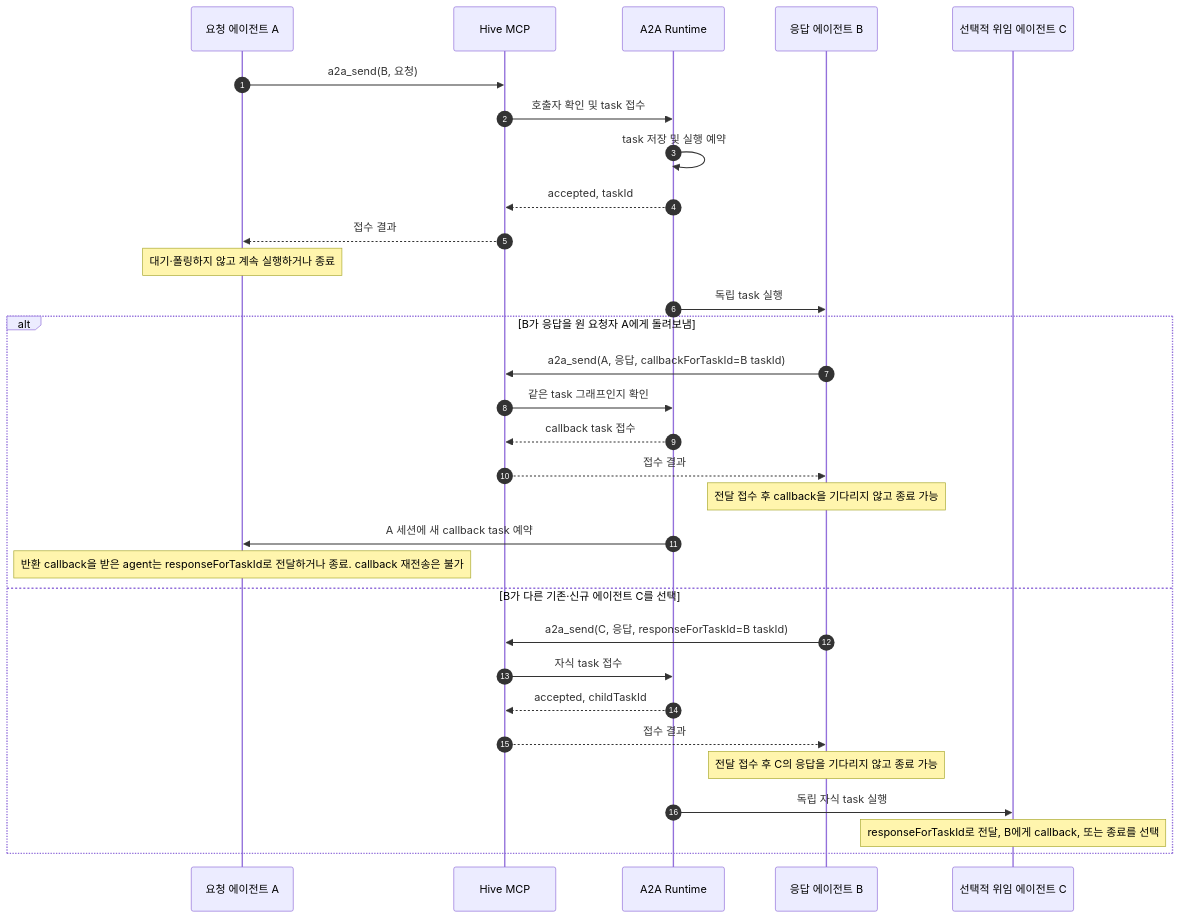
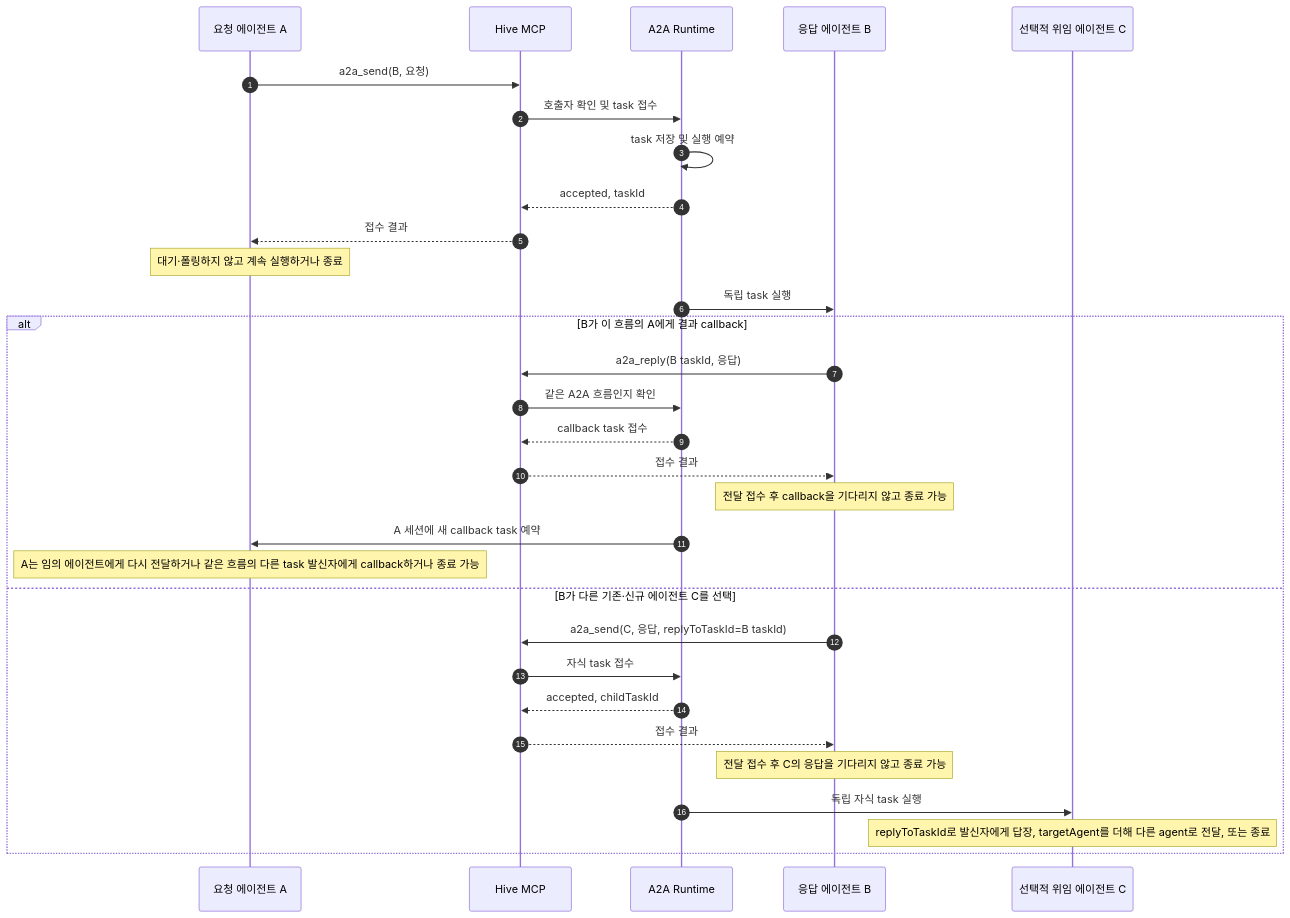
One commit to inasis/Hive changed the first of 3 diagrams in docs/architecture/a2a-a2b-flows.ko.md. Above: the diagram before and after it, drawn with Mermaid. The commit also changed other lines of this file and 810 other files, not shown here.

````diff
--- a/docs/architecture/a2a-a2b-flows.ko.md
+++ b/docs/architecture/a2a-a2b-flows.ko.md
@@ -9,35 +9,35 @@
 ```mermaid
 sequenceDiagram
     autonumber
     participant A as 요청 에이전트 A
     participant M as Hive MCP
     participant R as A2A Runtime
     participant B as 응답 에이전트 B
     participant C as 선택적 위임 에이전트 C
 
     A->>M: a2a_send(B, 요청)
     M->>R: 호출자 확인 및 task 접수
     R->>R: task 저장 및 실행 예약
     R-->>M: accepted, taskId
     M-->>A: 접수 결과
     Note over A: 대기·폴링하지 않고 계속 실행하거나 종료
     R->>B: 독립 task 실행
 
-    alt B가 응답을 원 요청자 A에게 돌려보냄
-        B->>M: a2a_send(A, 응답, callbackForTaskId=B taskId)
-        M->>R: 같은 task 그래프인지 확인
+    alt B가 이 흐름의 A에게 결과 callback
+        B->>M: a2a_reply(B taskId, 응답)
+        M->>R: 같은 A2A 흐름인지 확인
         R-->>M: callback task 접수
         M-->>B: 접수 결과
         Note over B: 전달 접수 후 callback을 기다리지 않고 종료 가능
         R->>A: A 세션에 새 callback task 예약
-        Note over A: 반환 callback을 받은 agent는 responseForTaskId로 전달하거나 종료. callback 재전송은 불가
+        Note over A: A는 임의 에이전트에게 다시 전달하거나 같은 흐름의 다른 task 발신자에게 callback하거나 종료 가능
     else B가 다른 기존·신규 에이전트 C를 선택
-        B->>M: a2a_send(C, 응답, responseForTaskId=B taskId)
+        B->>M: a2a_send(C, 응답, replyToTaskId=B taskId)
         M->>R: 자식 task 접수
         R-->>M: accepted, childTaskId
         M-->>B: 접수 결과
         Note over B: 전달 접수 후 C의 응답을 기다리지 않고 종료 가능
         R->>C: 독립 자식 task 실행
-        Note over C: responseForTaskId로 전달, B에게 callback, 또는 종료를 선택
+        Note over C: replyToTaskId로 발신자에게 답장, targetAgent를 더해 다른 agent로 전달, 또는 종료
     end
 ```
````
